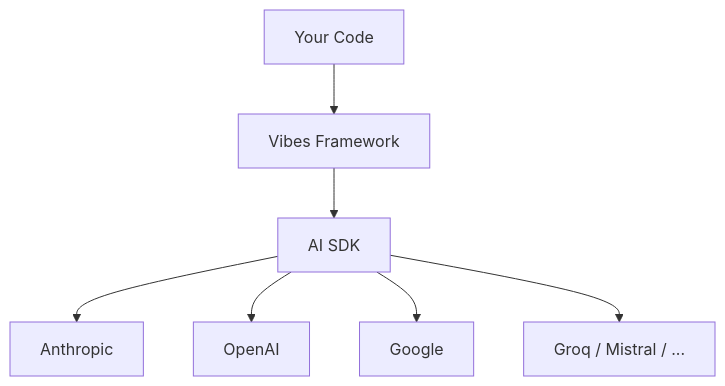
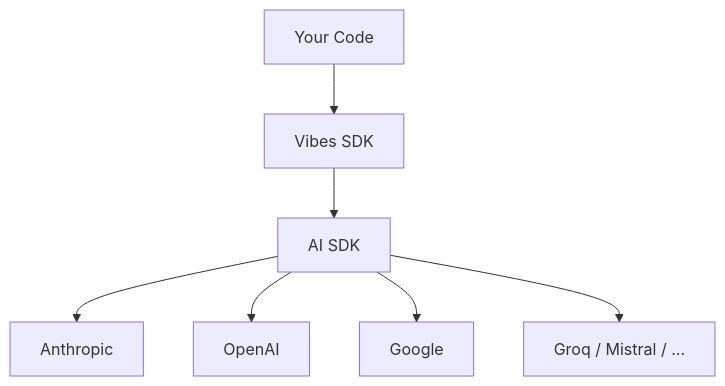
The diagram in packages/sdk/docs/index.mdx (a7ul/vibes), drawn with Mermaid before and after one commit. The commit also changed other lines of this file and 29 other files, not shown here.

First line of the commit message:
docs: rename vibes-framework to vibes-sdk, update docs and workflow

````diff
--- a/packages/sdk/docs/index.mdx
+++ b/packages/sdk/docs/index.mdx
@@ -40,9 +40,9 @@
 ```mermaid
 flowchart TD
-    A[Your Code] --> B[Vibes Framework]
+    A[Your Code] --> B[Vibes SDK]
     B --> C[AI SDK]
     C --> D[Anthropic]
     C --> E[OpenAI]
     C --> F[Google]
     C --> G[Groq / Mistral / ...]
 ```
````
